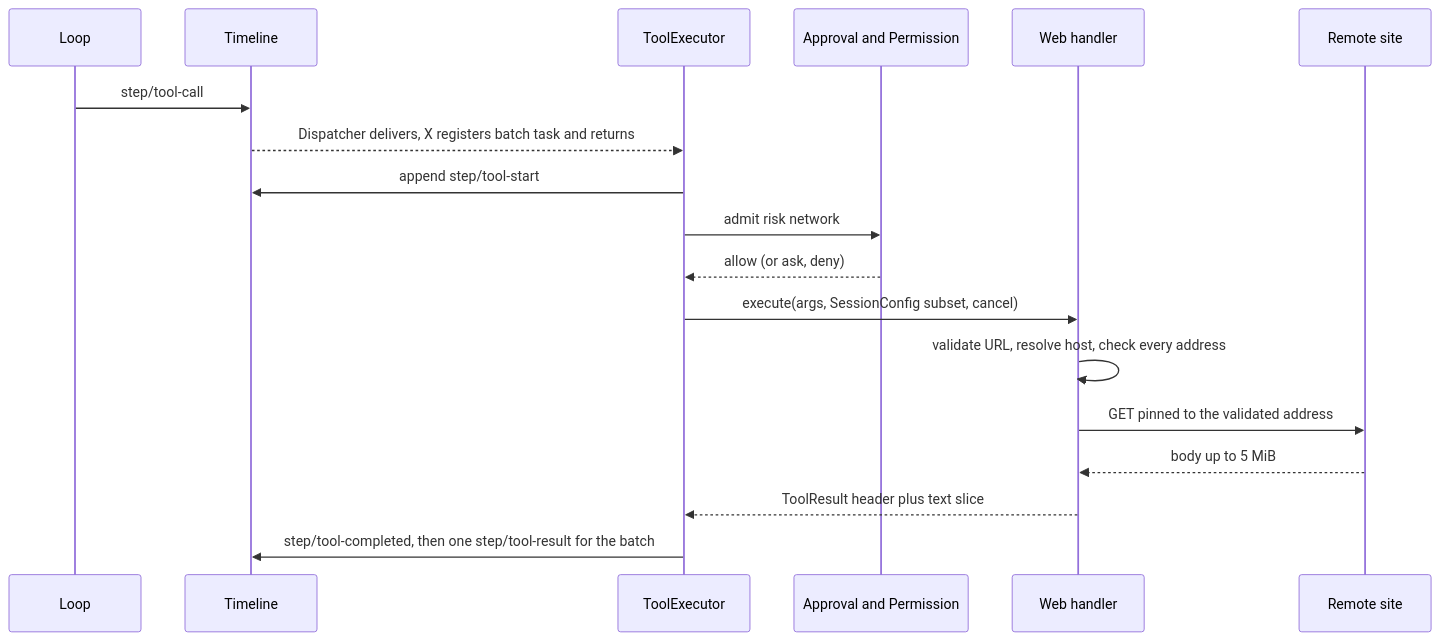
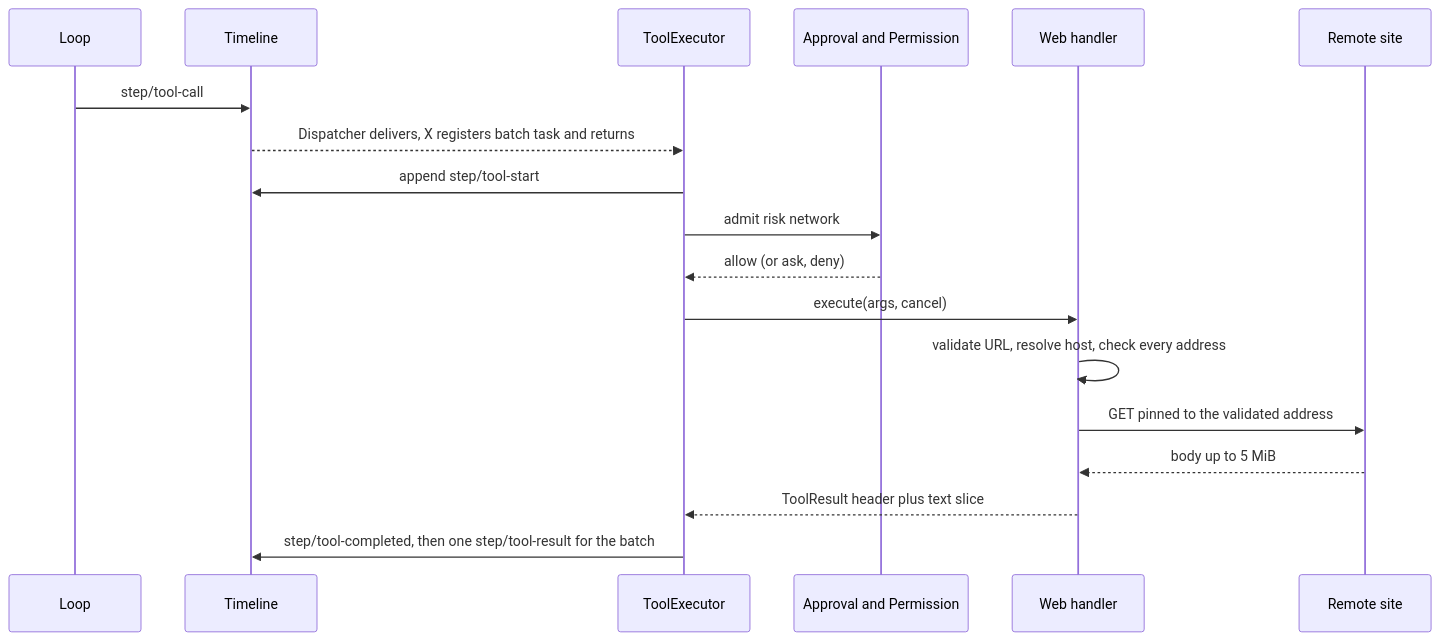
One commit to CoutinhoTTS/dim-agent changed the third of 5 diagrams in docs/design/plugins/Web.md. Above: the diagram before and after it, drawn with Mermaid. The commit also changed other lines of this file and 3 other files, not shown here.

````diff
--- a/docs/design/plugins/Web.md
+++ b/docs/design/plugins/Web.md
@@ -99,20 +64,20 @@
 ```mermaid
 sequenceDiagram
   participant L as Loop
   participant TL as Timeline
   participant X as ToolExecutor
   participant A as Approval and Permission
   participant W as Web handler
   participant N as Remote site
   L->>TL: step/tool-call
   TL-->>X: Dispatcher delivers, X registers batch task and returns
   X->>TL: append step/tool-start
   X->>A: admit risk network
   A-->>X: allow (or ask, deny)
-  X->>W: execute(args, SessionConfig subset, cancel)
+  X->>W: execute(args, cancel)
   W->>W: validate URL, resolve host, check every address
   W->>N: GET pinned to the validated address
   N-->>W: body up to 5 MiB
   W-->>X: ToolResult header plus text slice
   X->>TL: step/tool-completed, then one step/tool-result for the batch
 ```
````
